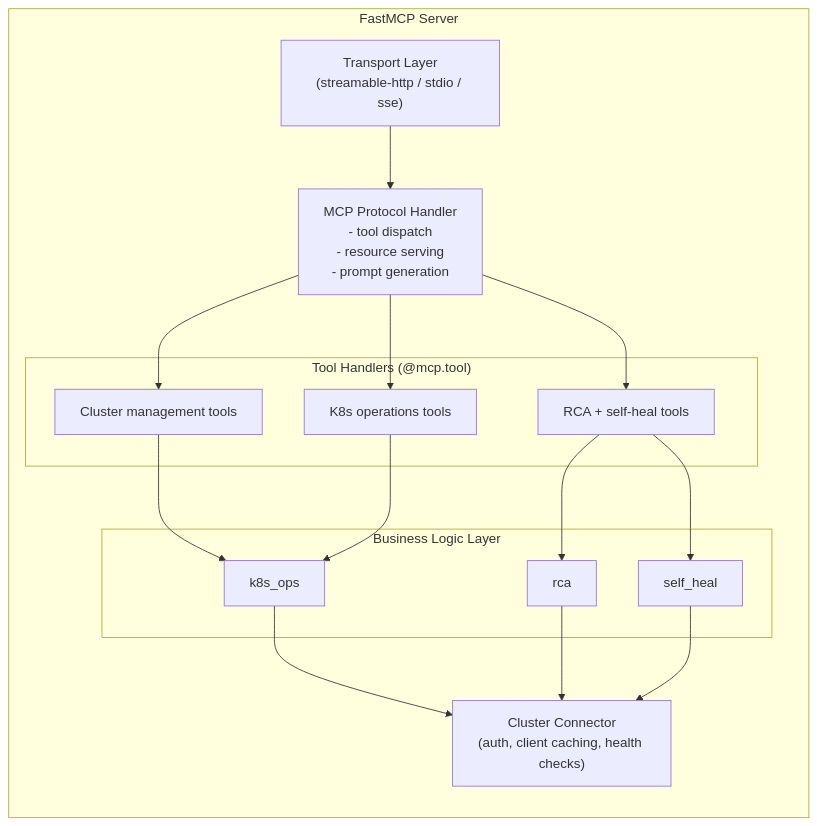
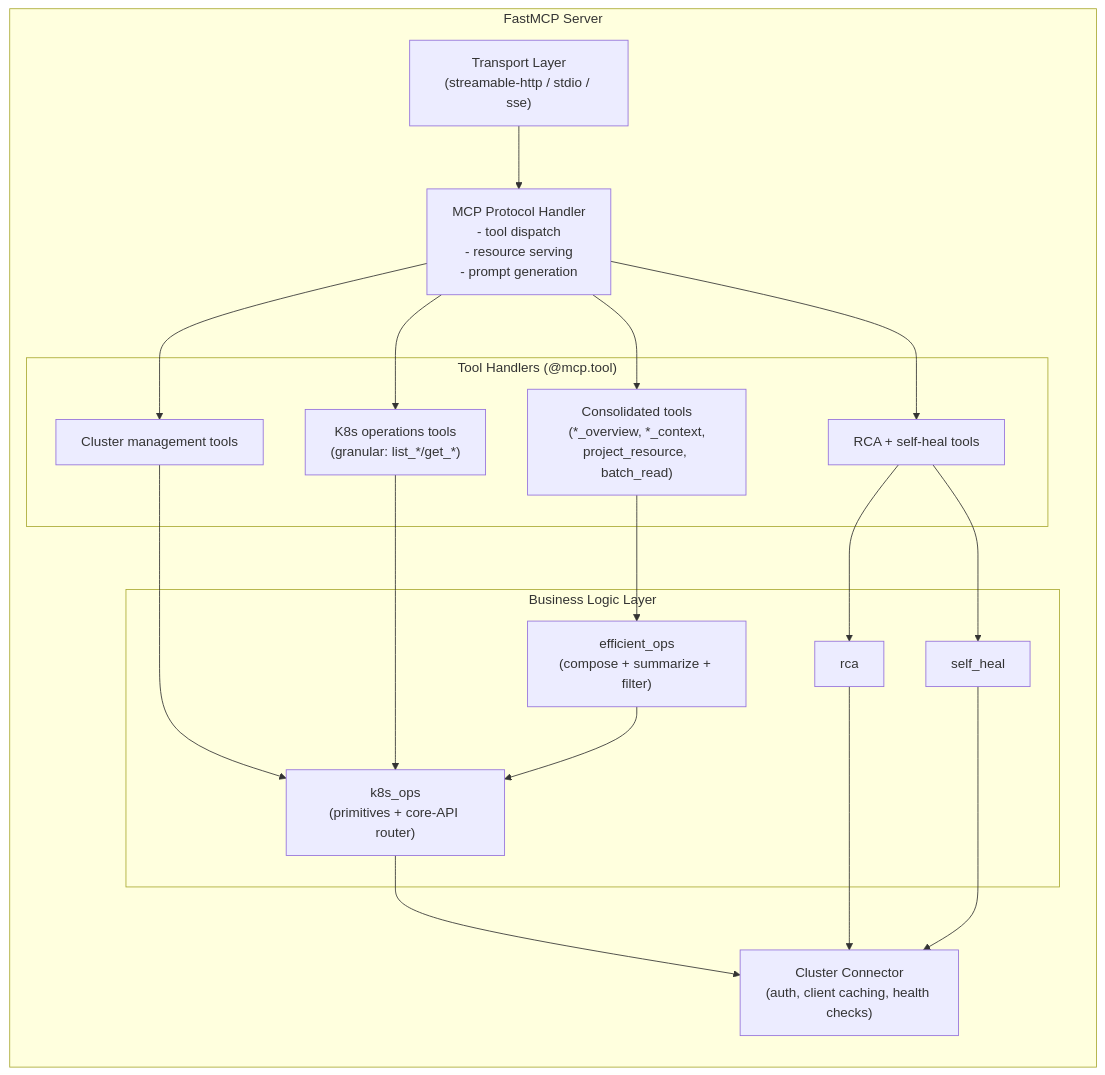
One commit to abhitall/kubernetes-mcp changed the third of 10 diagrams in docs/ARCHITECTURE.md. Above: the diagram before and after it, drawn with Mermaid. The commit also changed other lines of this file and 19 other files, not shown here.

````diff
--- a/docs/ARCHITECTURE.md
+++ b/docs/ARCHITECTURE.md
@@ -121,34 +121,39 @@
 ```mermaid
 flowchart TB
   subgraph FastMCP["FastMCP Server"]
     direction TB
     Transport["Transport Layer<br/>(streamable-http / stdio / sse)"]
     Protocol["MCP Protocol Handler<br/>- tool dispatch<br/>- resource serving<br/>- prompt generation"]
 
     subgraph ToolHandlers["Tool Handlers (@mcp.tool)"]
       ClusterTools["Cluster management tools"]
-      OpsTools["K8s operations tools"]
+      OpsTools["K8s operations tools<br/>(granular: list_*/get_*)"]
+      EfficientTools["Consolidated tools<br/>(*_overview, *_context,<br/>project_resource, batch_read)"]
       SmartTools["RCA + self-heal tools"]
     end
 
     subgraph Logic["Business Logic Layer"]
-      K8sOps["k8s_ops"]
+      EfficientOps["efficient_ops<br/>(compose + summarize + filter)"]
+      K8sOps["k8s_ops<br/>(primitives + core-API router)"]
       RCA["rca"]
       SelfHeal["self_heal"]
     end
 
     Connector["Cluster Connector<br/>(auth, client caching, health checks)"]
 
     Transport --> Protocol
     Protocol --> ClusterTools
     Protocol --> OpsTools
+    Protocol --> EfficientTools
     Protocol --> SmartTools
     ClusterTools --> K8sOps
     OpsTools --> K8sOps
+    EfficientTools --> EfficientOps
+    EfficientOps --> K8sOps
     SmartTools --> RCA
     SmartTools --> SelfHeal
     K8sOps --> Connector
     RCA --> Connector
     SelfHeal --> Connector
   end
 ```
````
